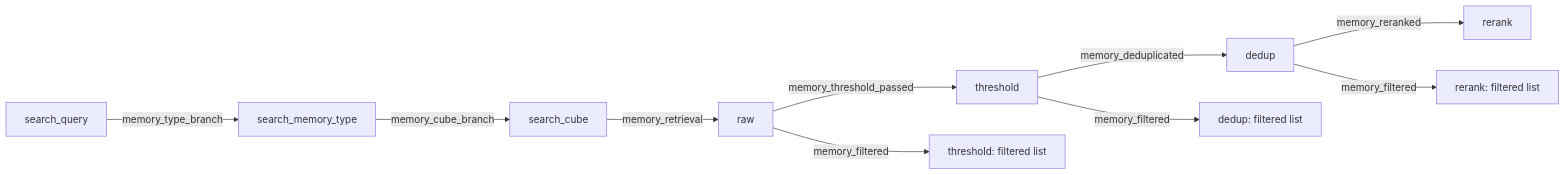
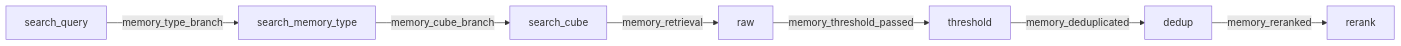
One commit to consultantQ/MemOS changed the third of 3 diagrams in apps/memtrace-memos-integration/memos_smartcomment/CONVENTIONS.md. Above: the diagram before and after it, drawn with Mermaid. The commit also changed other lines of this file and 11 other files, not shown here.

````diff
--- a/apps/memtrace-memos-integration/memos_smartcomment/CONVENTIONS.md
+++ b/apps/memtrace-memos-integration/memos_smartcomment/CONVENTIONS.md
@@ -290,12 +291,9 @@
 ```mermaid
 flowchart LR
     Q[search_query] -->|memory_type_branch| MT[search_memory_type]
     MT -->|memory_cube_branch| C[search_cube]
     C -->|memory_retrieval| R[raw]
     R -->|memory_threshold_passed| T[threshold]
     T -->|memory_deduplicated| D[dedup]
     D -->|memory_reranked| RR[rerank]
-    R -->|memory_filtered| F1[threshold: filtered list]
-    T -->|memory_filtered| F2[dedup: filtered list]
-    D -->|memory_filtered| F3[rerank: filtered list]
 ```
````
